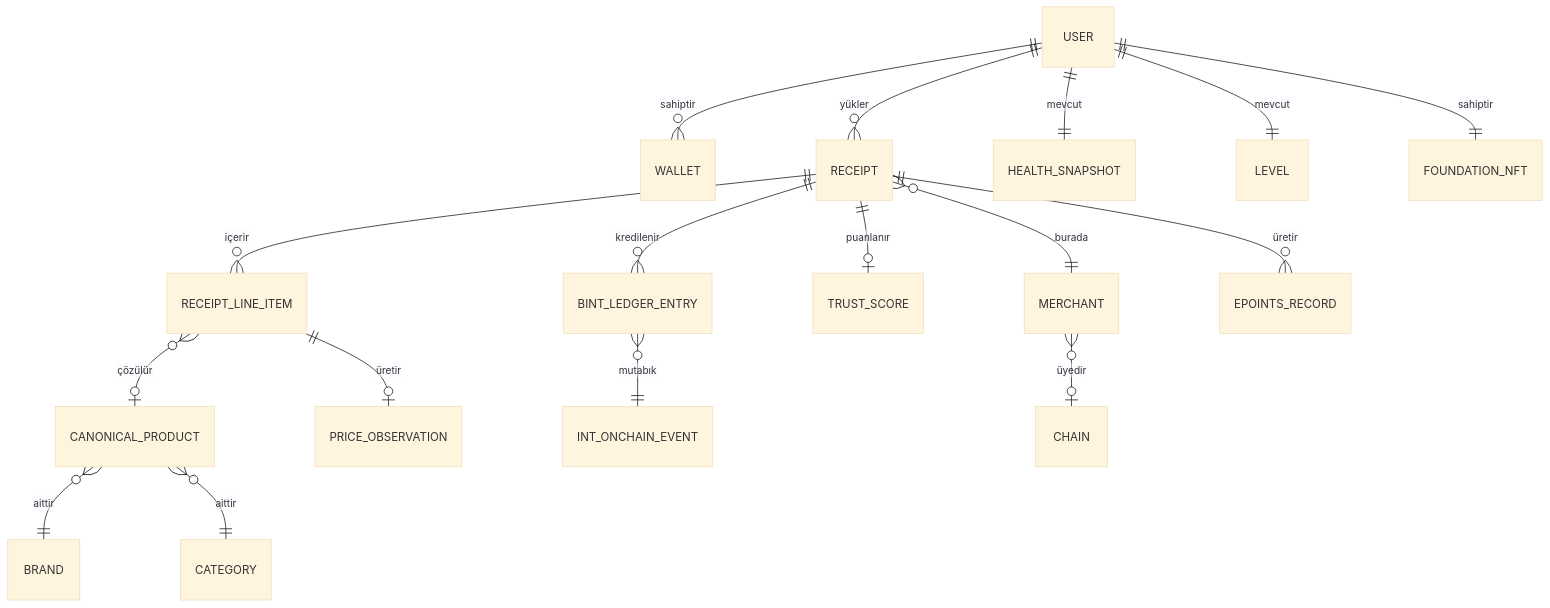
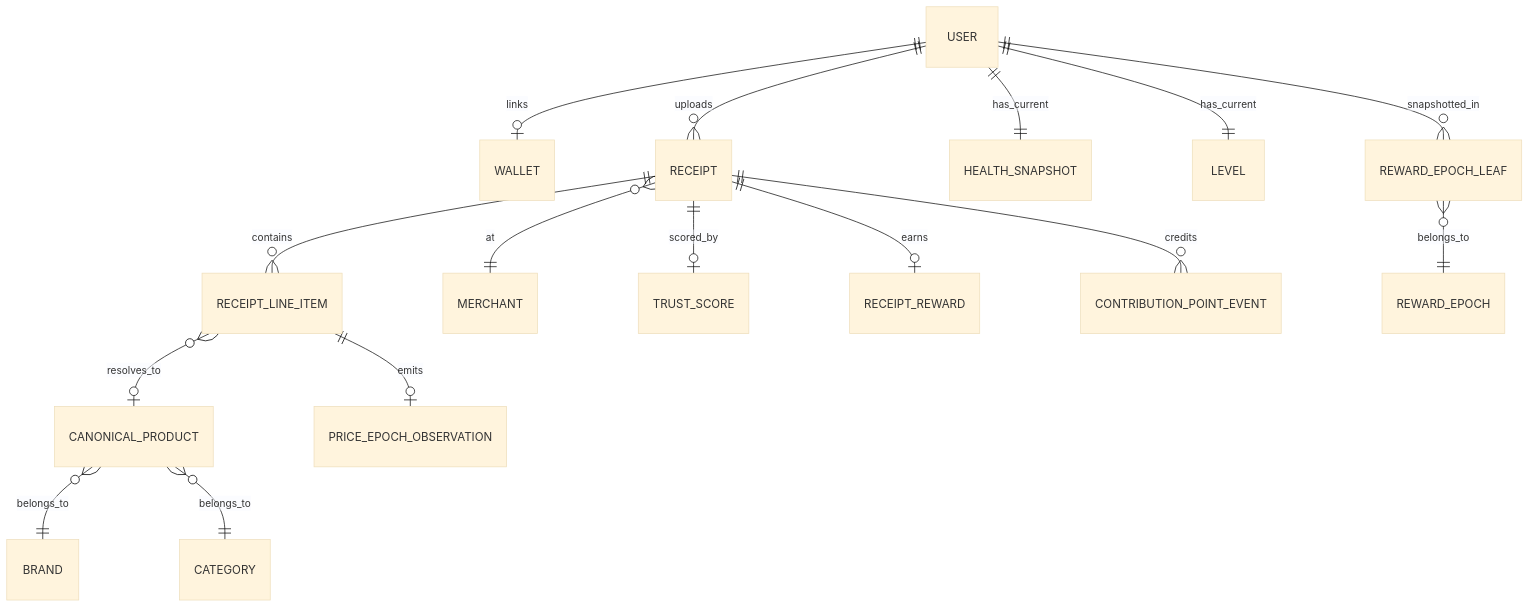
Before and after one commit to Yumo-Yumo-Inc/yumoyumohq: the diagram in content/technical-paper/tr/05-data-schema-and-api/03-core-entities.md, drawn with Mermaid (base theme). The commit also changed other lines of this file and 1048 other files, not shown here.

````diff
--- a/content/technical-paper/tr/05-data-schema-and-api/03-core-entities.md
+++ b/content/technical-paper/tr/05-data-schema-and-api/03-core-entities.md
@@ -5,20 +5,19 @@
 ```mermaid
 erDiagram
-    USER ||--o{ WALLET : "sahiptir"
-    USER ||--o{ RECEIPT : "yükler"
-    USER ||--|| HEALTH_SNAPSHOT : "mevcut"
-    USER ||--|| LEVEL : "mevcut"
-    RECEIPT ||--o{ RECEIPT_LINE_ITEM : "içerir"
-    RECEIPT }o--|| MERCHANT : "burada"
-    RECEIPT_LINE_ITEM }o--o| CANONICAL_PRODUCT : "çözülür"
-    RECEIPT_LINE_ITEM ||--o| PRICE_OBSERVATION : "üretir"
-    RECEIPT ||--o| TRUST_SCORE : "puanlanır"
-    RECEIPT ||--o{ BINT_LEDGER_ENTRY : "kredilenir"
-    BINT_LEDGER_ENTRY }o--|| INT_ONCHAIN_EVENT : "mutabık"
-    RECEIPT ||--o{ EPOINTS_RECORD : "üretir"
-    USER ||--|| FOUNDATION_NFT : "sahiptir"
+    USER ||--o| WALLET : links
+    USER ||--o{ RECEIPT : uploads
+    USER ||--|| HEALTH_SNAPSHOT : has_current
+    USER ||--|| LEVEL : has_current
+    RECEIPT ||--o{ RECEIPT_LINE_ITEM : contains
+    RECEIPT }o--|| MERCHANT : at
+    RECEIPT_LINE_ITEM }o--o| CANONICAL_PRODUCT : resolves_to
+    RECEIPT_LINE_ITEM ||--o| PRICE_EPOCH_OBSERVATION : emits
+    RECEIPT ||--o| TRUST_SCORE : scored_by
+    RECEIPT ||--o| RECEIPT_REWARD : earns
+    RECEIPT ||--o{ CONTRIBUTION_POINT_EVENT : credits
+    USER ||--o{ REWARD_EPOCH_LEAF : snapshotted_in
+    REWARD_EPOCH_LEAF }o--|| REWARD_EPOCH : belongs_to
 
-    CANONICAL_PRODUCT }o--|| BRAND : "aittir"
-    CANONICAL_PRODUCT }o--|| CATEGORY : "aittir"
-    MERCHANT }o--o| CHAIN : "üyedir"
+    CANONICAL_PRODUCT }o--|| BRAND : belongs_to
+    CANONICAL_PRODUCT }o--|| CATEGORY : belongs_to
 ```
````
